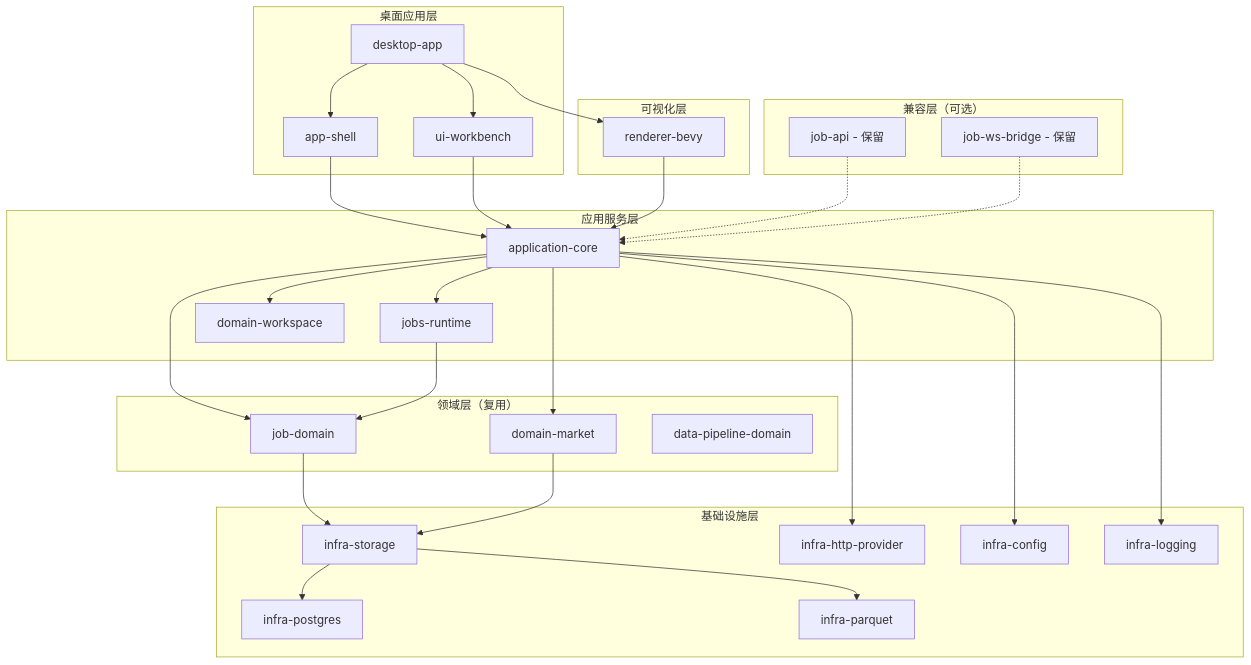
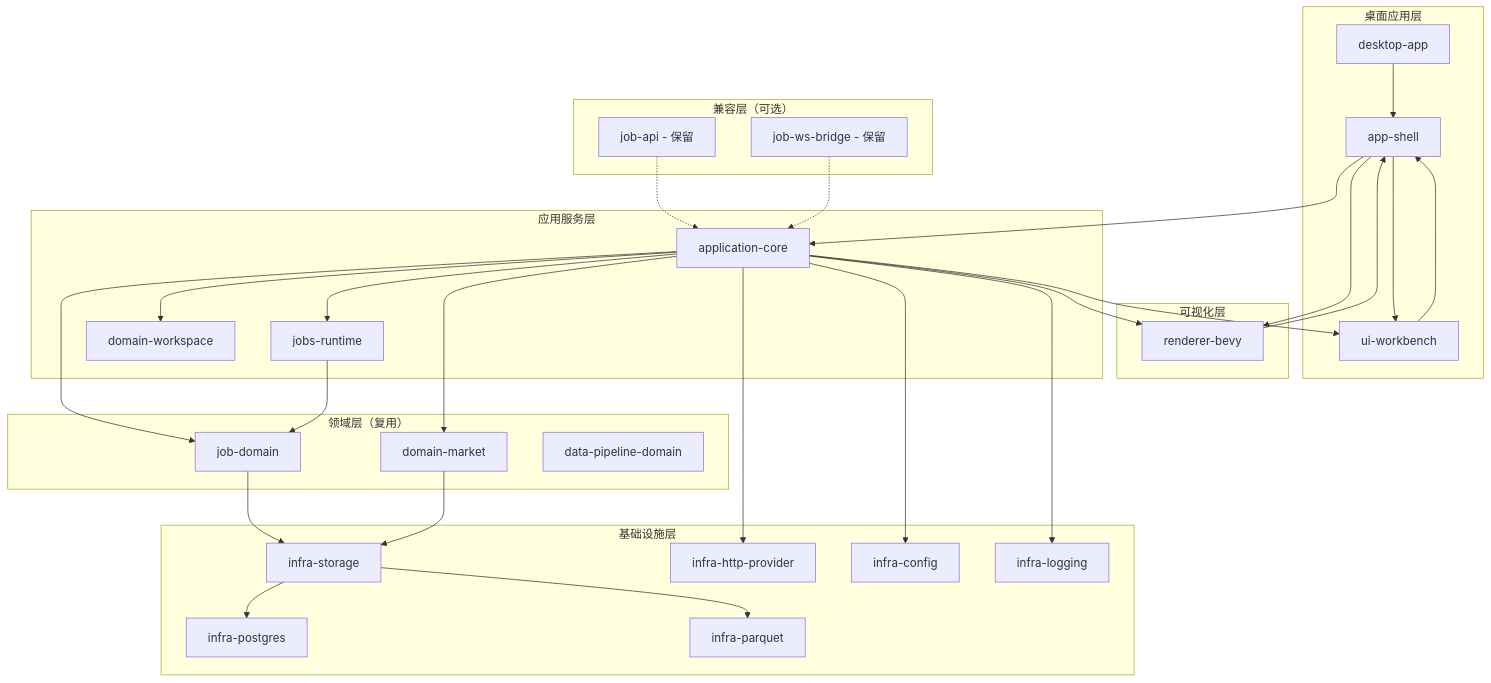
One commit to smile9493/zquant changed the second of 6 diagrams in .kiro/specs/zquant-enterprise-evolution-roadmap/design.md. Above: the diagram before and after it, drawn with Mermaid. The commit also changed other lines of this file and 20 other files, not shown here.

````diff
--- a/.kiro/specs/zquant-enterprise-evolution-roadmap/design.md
+++ b/.kiro/specs/zquant-enterprise-evolution-roadmap/design.md
@@ -58,60 +58,62 @@
 ```mermaid
 graph TB
     subgraph "桌面应用层"
         Desktop[desktop-app]
         Shell[app-shell]
         Workbench[ui-workbench]
     end
     
     subgraph "可视化层"
         Bevy[renderer-bevy]
     end
     
     subgraph "应用服务层"
         AppCore[application-core]
         JobsRuntime[jobs-runtime]
         Workspace[domain-workspace]
     end
     
     subgraph "领域层（复用）"
         Domain[job-domain]
         Market[domain-market]
         DataDomain[data-pipeline-domain]
     end
     
     subgraph "基础设施层"
         PG[infra-postgres]
         Parquet[infra-parquet]
         Storage[infra-storage]
         HTTP[infra-http-provider]
         Config[infra-config]
         Logging[infra-logging]
     end
     
     subgraph "兼容层（可选）"
         API[job-api - 保留]
         WS[job-ws-bridge - 保留]
     end
     
     Desktop --> Shell
-    Desktop --> Workbench
-    Desktop --> Bevy
+    Shell --> Workbench
+    Shell --> Bevy
+    Workbench --> Shell
+    Bevy --> Shell
     Shell --> AppCore
-    Workbench --> AppCore
-    Bevy --> AppCore
+    AppCore --> Workbench
+    AppCore --> Bevy
     AppCore --> JobsRuntime
     AppCore --> Workspace
     AppCore --> Domain
     AppCore --> Market
     JobsRuntime --> Domain
     Domain --> Storage
     Market --> Storage
     Storage --> PG
     Storage --> Parquet
     AppCore --> HTTP
     AppCore --> Config
     AppCore --> Logging
     
     API -.-> AppCore
     WS -.-> AppCore
 ```
````
